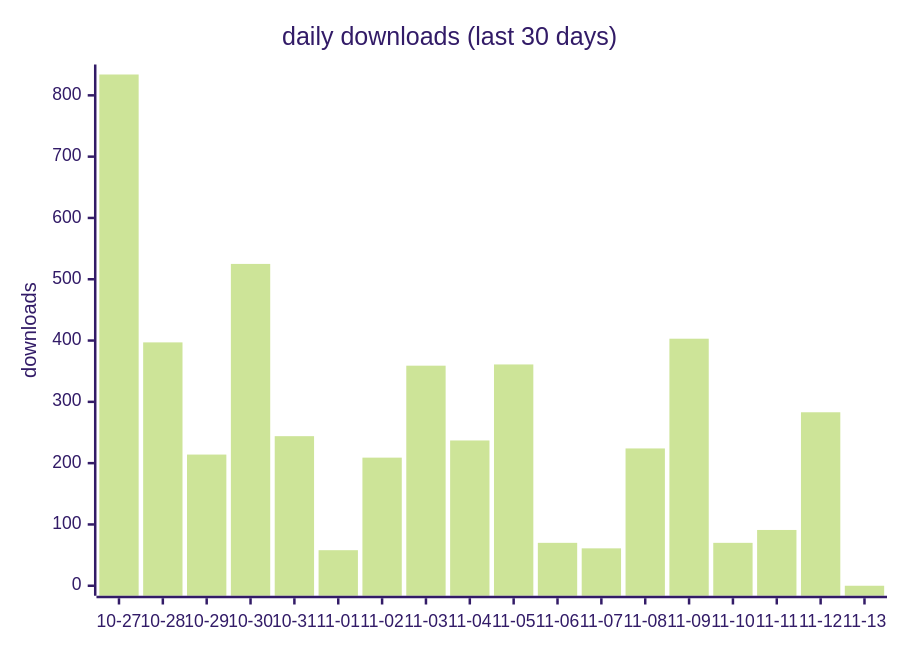
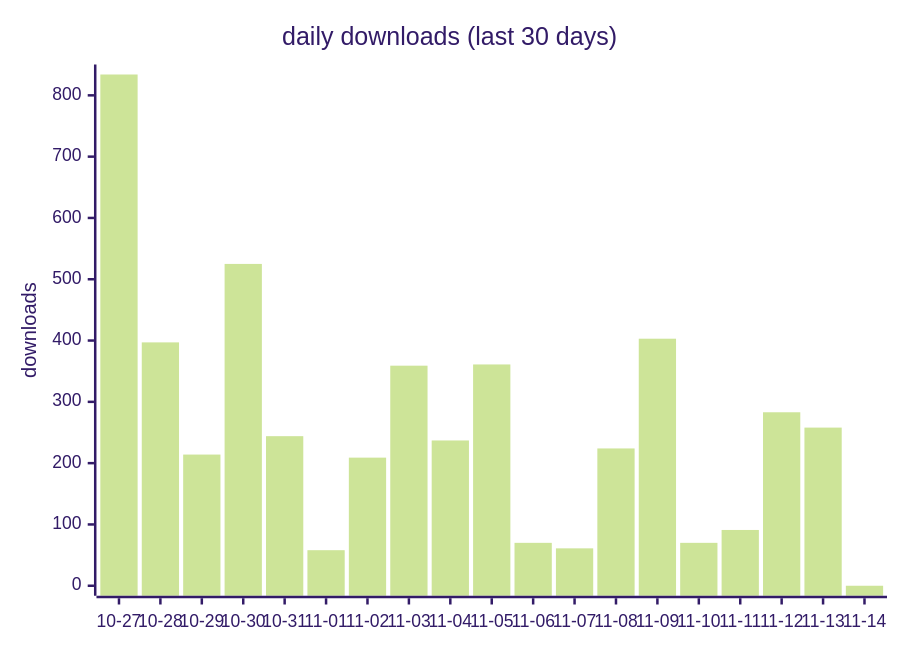
Before and after one commit to terry2010/dsh-rss-news-daily: the first of 2 diagrams in docs/downloads-2026.md, drawn with Mermaid (forest theme). The commit also changed other lines of this file and 1 other file, not shown here.

````diff
--- a/docs/downloads-2026.md
+++ b/docs/downloads-2026.md
@@ -19,7 +19,7 @@
 ```mermaid
 xychart-beta
     title "daily downloads (last 30 days)"
-    x-axis ["10-27", "10-28", "10-29", "10-30", "10-31", "11-01", "11-02", "11-03", "11-04", "11-05", "11-06", "11-07", "11-08", "11-09", "11-10", "11-11", "11-12", "11-13"]
+    x-axis ["10-27", "10-28", "10-29", "10-30", "10-31", "11-01", "11-02", "11-03", "11-04", "11-05", "11-06", "11-07", "11-08", "11-09", "11-10", "11-11", "11-12", "11-13", "11-14"]
     y-axis "downloads" 0 --> 834
-    bar [834, 397, 214, 525, 244, 58, 209, 359, 237, 361, 70, 61, 224, 403, 70, 91, 283, 0]
+    bar [834, 397, 214, 525, 244, 58, 209, 359, 237, 361, 70, 61, 224, 403, 70, 91, 283, 258, 0]
 ```
````
